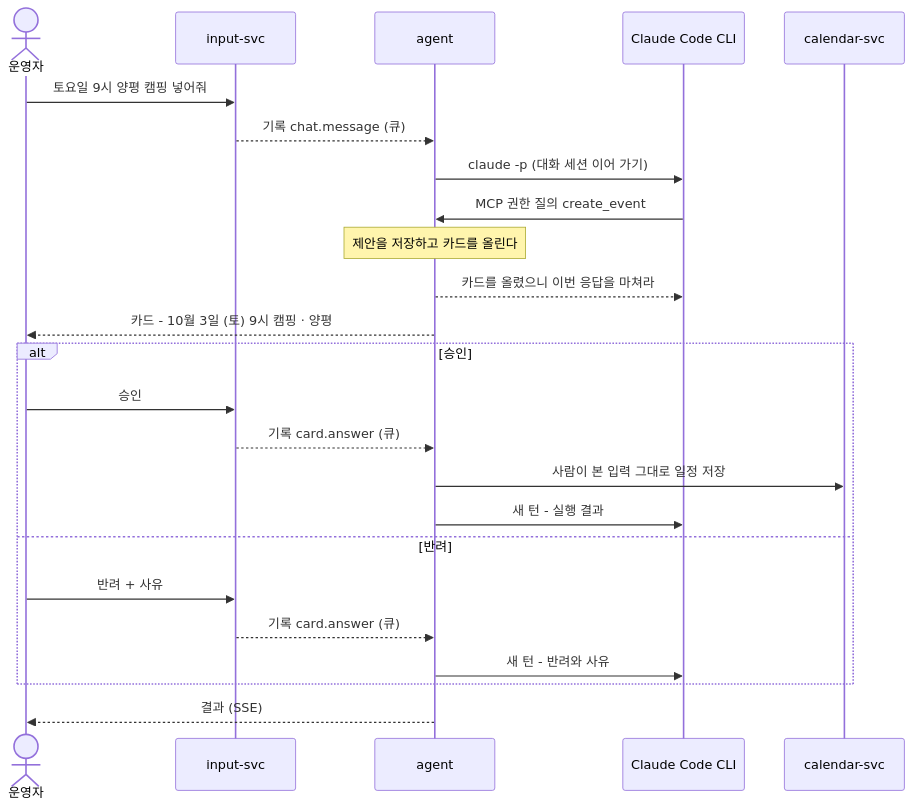
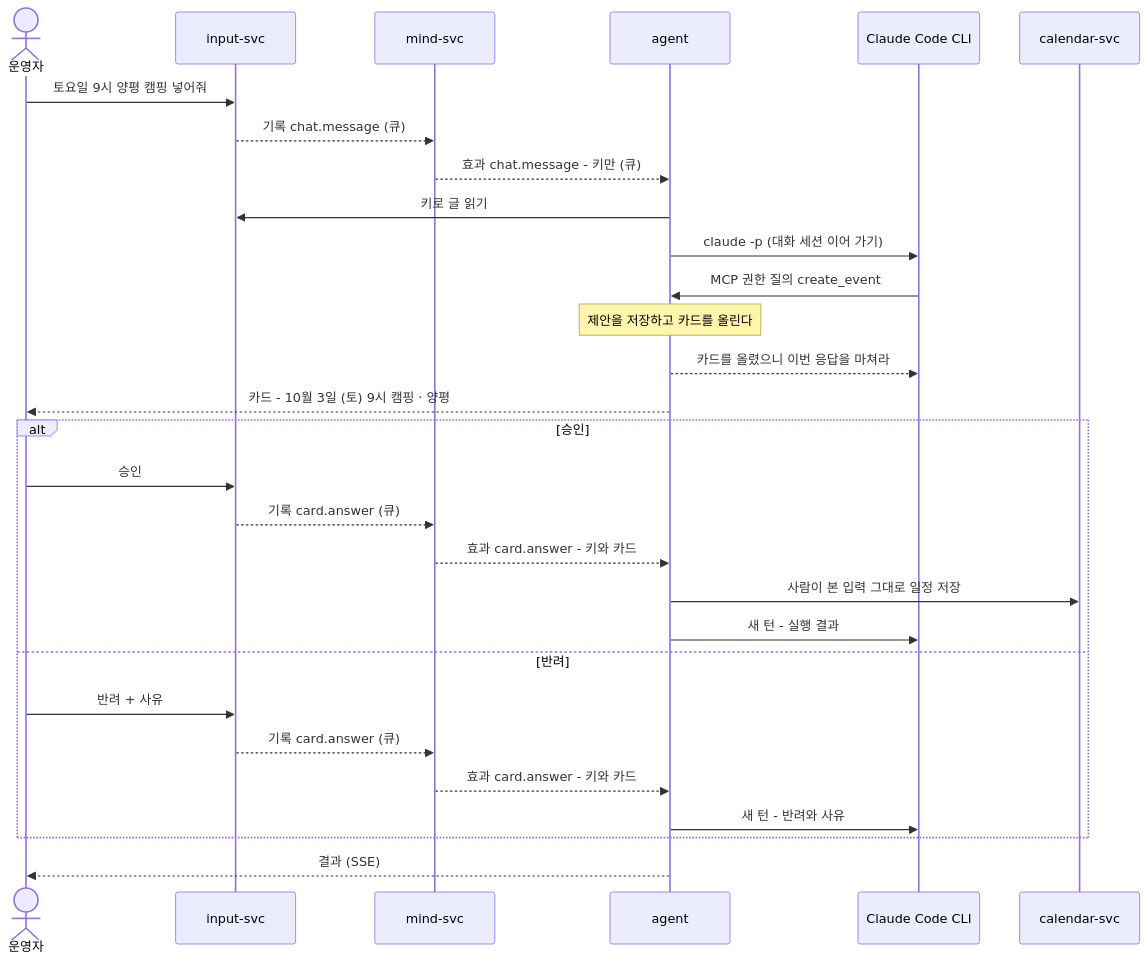
The diagram in README.md (choigonyok/jarvis), drawn with Mermaid before and after one commit. The commit also changed other lines of this file and 19 other files, not shown here.

````diff
--- a/README.md
+++ b/README.md
@@ -90,26 +90,31 @@
 ```mermaid
 sequenceDiagram
   actor U as 운영자
   participant I as input-svc
+  participant M as mind-svc
   participant A as agent
   participant C as Claude Code CLI
   participant S as calendar-svc
   U->>I: 토요일 9시 양평 캠핑 넣어줘
-  I-->>A: 기록 chat.message (큐)
+  I-->>M: 기록 chat.message (큐)
+  M-->>A: 효과 chat.message - 키만 (큐)
+  A->>I: 키로 글 읽기
   A->>C: claude -p (대화 세션 이어 가기)
   C->>A: MCP 권한 질의 create_event
   Note over A: 제안을 저장하고 카드를 올린다
   A-->>C: 카드를 올렸으니 이번 응답을 마쳐라
   A-->>U: 카드 - 10월 3일 (토) 9시 캠핑 · 양평
   alt 승인
     U->>I: 승인
-    I-->>A: 기록 card.answer (큐)
+    I-->>M: 기록 card.answer (큐)
+    M-->>A: 효과 card.answer - 키와 카드
     A->>S: 사람이 본 입력 그대로 일정 저장
     A->>C: 새 턴 - 실행 결과
   else 반려
     U->>I: 반려 + 사유
-    I-->>A: 기록 card.answer (큐)
+    I-->>M: 기록 card.answer (큐)
+    M-->>A: 효과 card.answer - 키와 카드
     A->>C: 새 턴 - 반려와 사유
   end
   A-->>U: 결과 (SSE)
 ```
````
